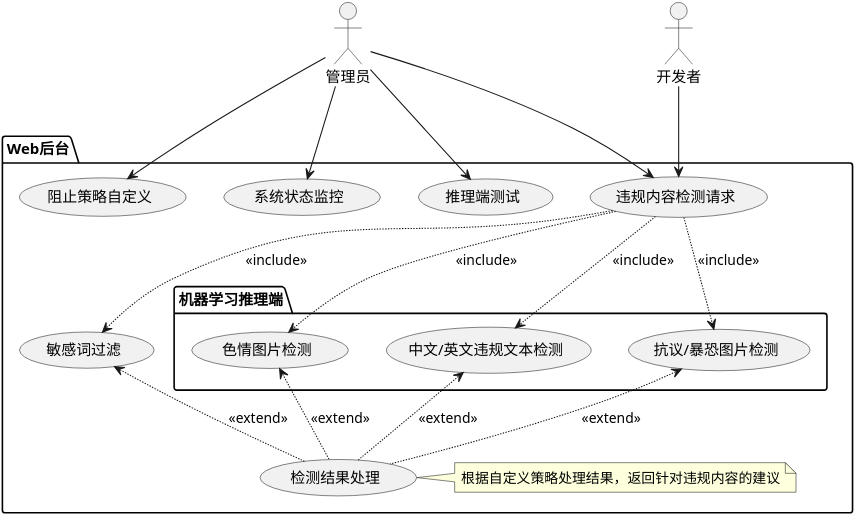
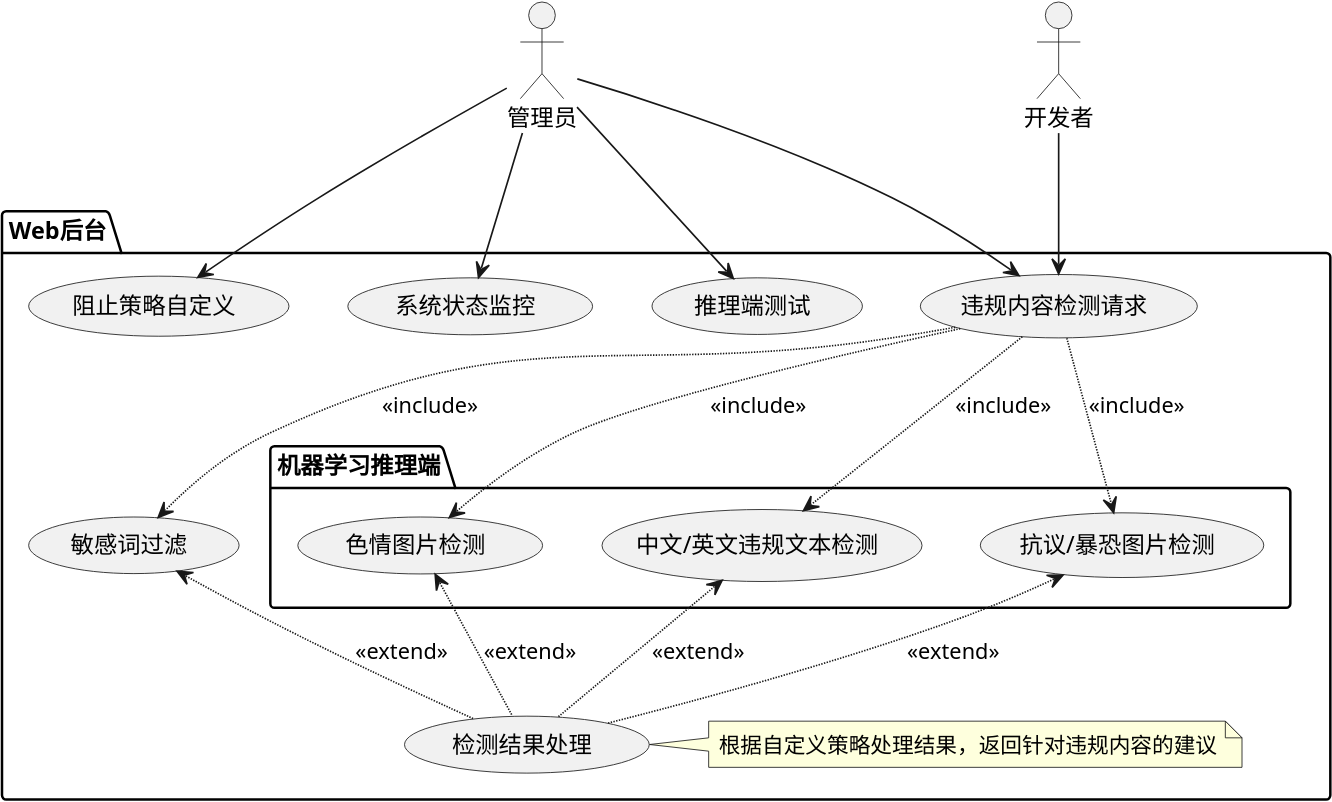
The diagram in doc/Use Case.puml (wooyang2018/godetector), drawn with PlantUML before and after one commit. The commit also changed 5 other files, not shown here.

Commit message:
add graphs

```diff
--- a/doc/Use Case.puml
+++ b/doc/Use Case.puml
@@ -1,49 +1,49 @@
 @startuml
 'https://plantuml.com/use-case-diagram
 
-skinparam dpi 512
+skinparam dpi 800
 'scale 1080 width
 'scale 960 height
 
 :管理员: as Admin
 :开发者: as User
 
 package "Web后台" {
     usecase "敏感词过滤" as W1
     usecase "违规内容检测请求" as W2
     usecase "检测结果处理" as W3
     usecase "阻止策略自定义" as W4
     usecase "系统状态监控" as W5
     usecase "推理端测试" as W6
     package "机器学习推理端" {
         usecase "色情图片检测" as ML1
         usecase "抗议/暴恐图片检测" as ML2
         usecase "中文/英文违规文本检测" as ML3
     }
 
     note right of W3
     根据自定义策略处理结果，返回针对违规内容的建议
     end note
 
 }
 
 
 Admin --> W5
 Admin --> W2
 Admin --> W4
 Admin --> W6
 User --> W2
 
 W2 ..> ML1 :<<include>>
 W2 ..> ML2 :<<include>>
 W2 ..> ML3 :<<include>>
 W2 ..> W1 :<<include>>
 
 W3 .up.>W1 :<<extend>>
 W3 .up.>ML1 :<<extend>>
 W3 .up.>ML2 :<<extend>>
 W3 .up.>ML3 :<<extend>>
 
 
 
 @enduml
```
